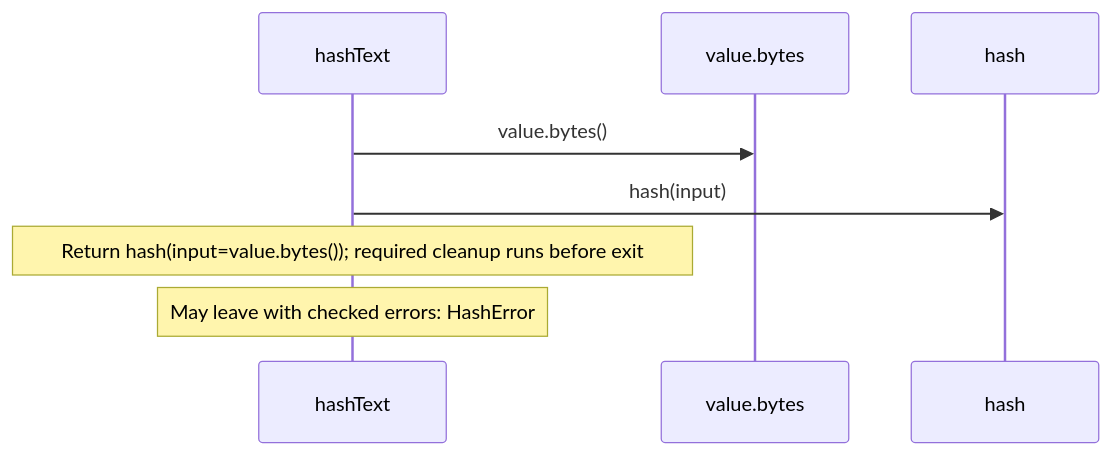
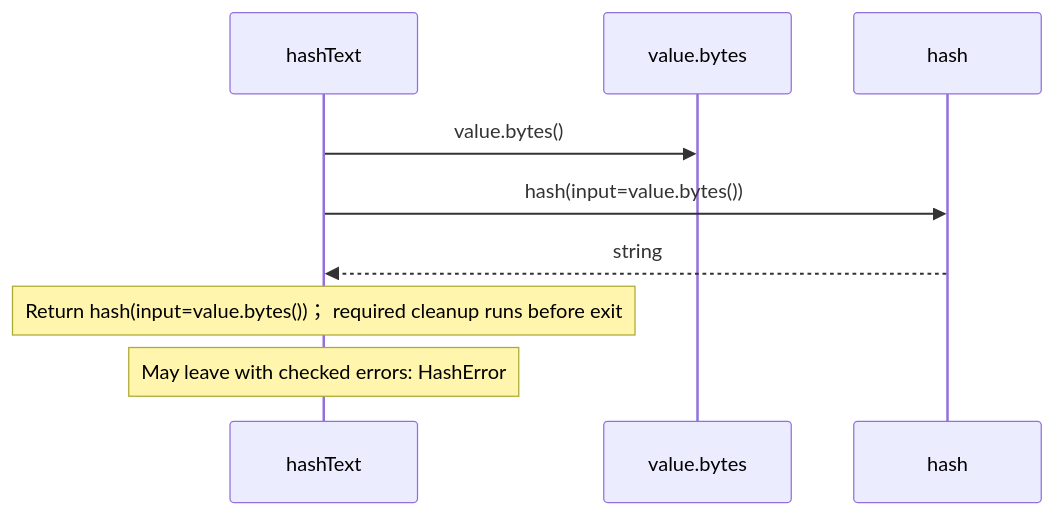
Before and after one commit to GreenPandaStudios/augscript: the second of 2 diagrams in docs/examples/native-blake3/hashing-diagrams.md, drawn with Mermaid. The commit also changed other lines of this file and 524 other files, not shown here.

Commit message:
Explain checked data flow at folder and service levels

````diff
--- a/docs/examples/native-blake3/hashing-diagrams.md
+++ b/docs/examples/native-blake3/hashing-diagrams.md
@@ -42,10 +41,11 @@
 ```mermaid
 sequenceDiagram
     participant p0 as hashText
     participant p1 as value.bytes
     participant p2 as hash
     p0->>p1: value.bytes()
-    p0->>p2: hash(input)
-    Note over p0: Return hash(input=value.bytes())#59; required cleanup runs before exit
+    p0->>p2: hash(input=value.bytes())
+    p2-->>p0: string
+    Note over p0: Return hash(input=value.bytes())； required cleanup runs before exit
     Note over p0: May leave with checked errors: HashError
 ```
````
